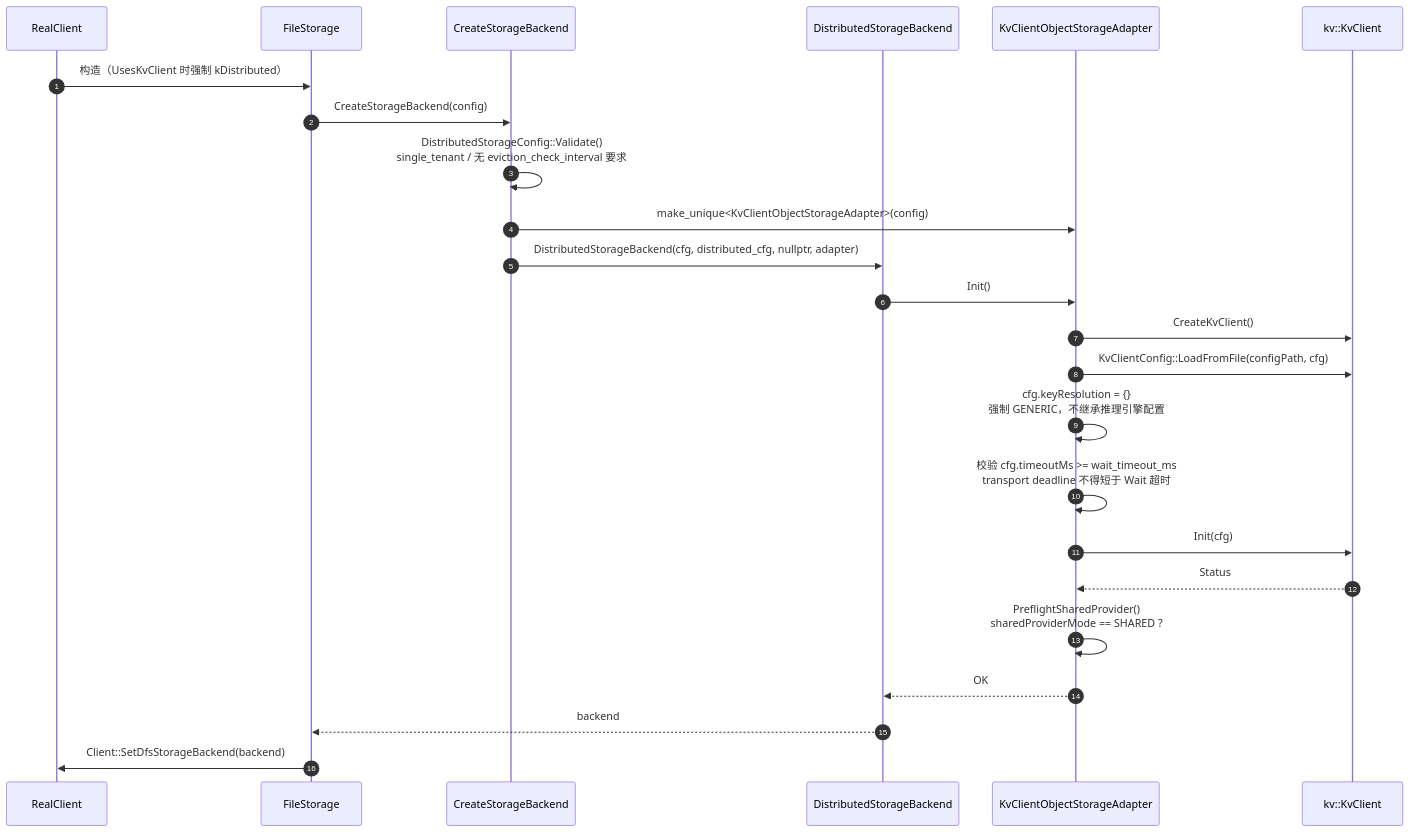
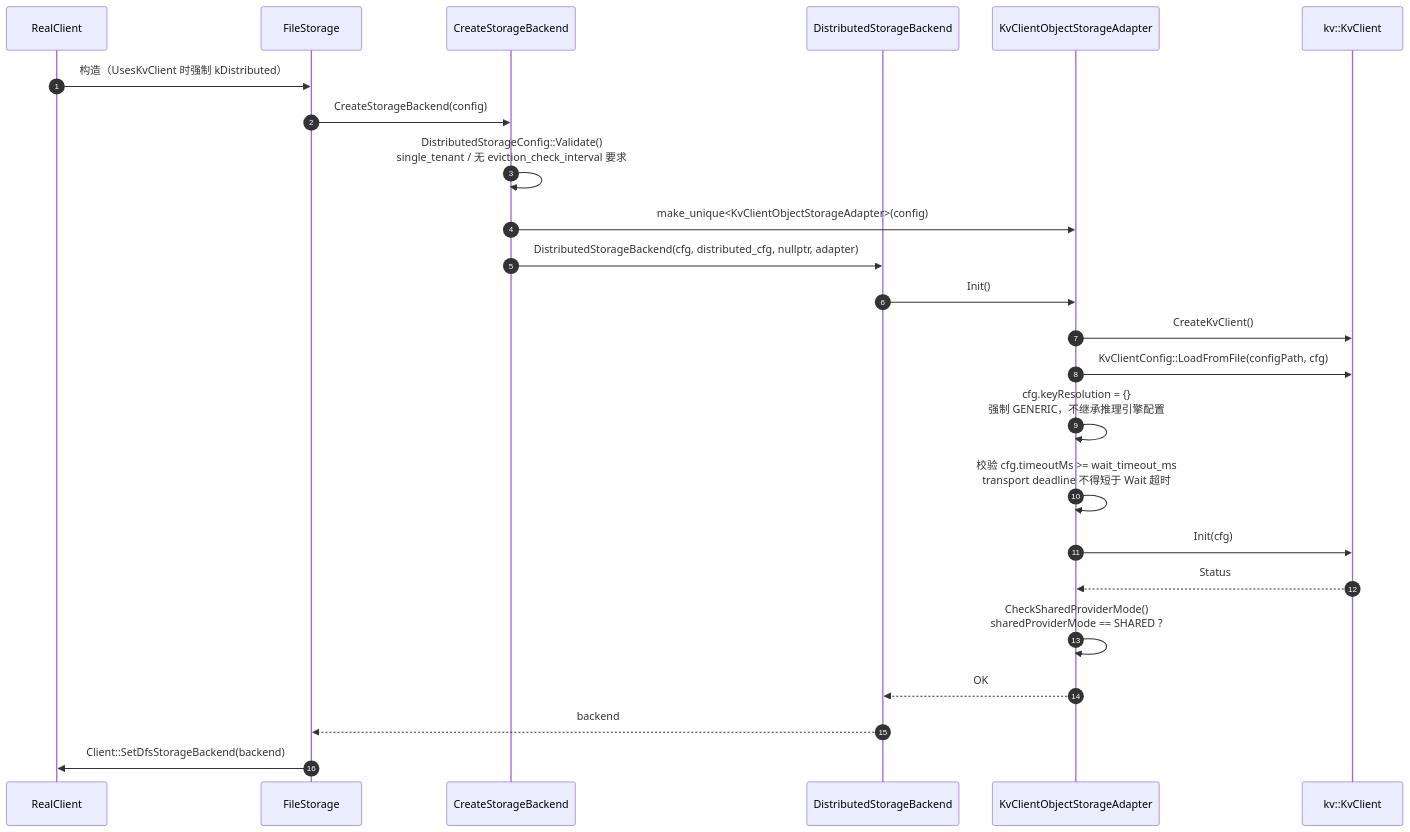
One commit to zwj20000328-dotcom/Mooncake-documents changed the eighth of 13 diagrams in Mooncake + KVClient L3 接入（Kvcs）- v3.md. Above: the diagram before and after it, drawn with Mermaid. The commit also changed other lines of this file, not shown here.

````diff
--- a/Mooncake + KVClient L3 接入（Kvcs）- v3.md
+++ b/Mooncake + KVClient L3 接入（Kvcs）- v3.md
@@ -554,27 +554,27 @@
 ```mermaid
 sequenceDiagram
     autonumber
     participant RC as RealClient
     participant FS as FileStorage
     participant F as CreateStorageBackend
     participant BE as DistributedStorageBackend
     participant AD as KvClientObjectStorageAdapter
     participant SDK as kv::KvClient
 
     RC->>FS: 构造（UsesKvClient 时强制 kDistributed）
     FS->>F: CreateStorageBackend(config)
     F->>F: DistributedStorageConfig::Validate()<br/>single_tenant / 无 eviction_check_interval 要求
     F->>AD: make_unique<KvClientObjectStorageAdapter>(config)
     F->>BE: DistributedStorageBackend(cfg, distributed_cfg, nullptr, adapter)
     BE->>AD: Init()
     AD->>SDK: CreateKvClient()
     AD->>SDK: KvClientConfig::LoadFromFile(configPath, cfg)
     AD->>AD: cfg.keyResolution = {}<br/>强制 GENERIC，不继承推理引擎配置
     AD->>AD: 校验 cfg.timeoutMs >= wait_timeout_ms<br/>transport deadline 不得短于 Wait 超时
     AD->>SDK: Init(cfg)
     SDK-->>AD: Status
-    AD->>AD: PreflightSharedProvider()<br/>sharedProviderMode == SHARED ?
+    AD->>AD: CheckSharedProviderMode()<br/>sharedProviderMode == SHARED ?
     AD-->>BE: OK
     BE-->>FS: backend
     FS->>RC: Client::SetDfsStorageBackend(backend)
 ```
````
